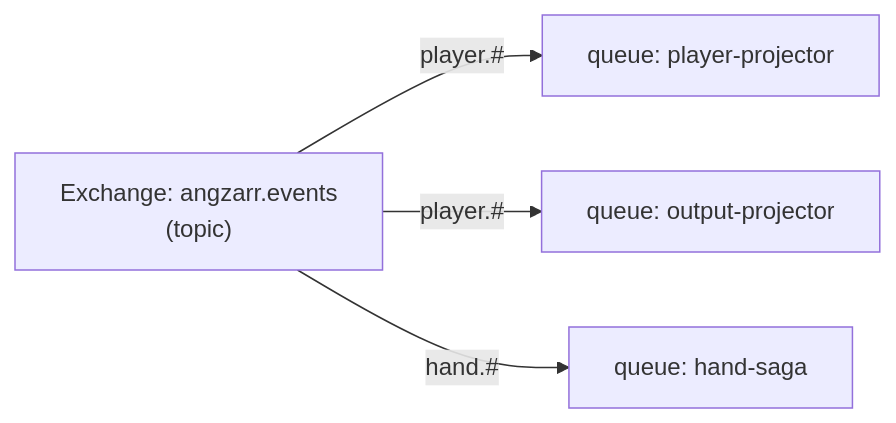
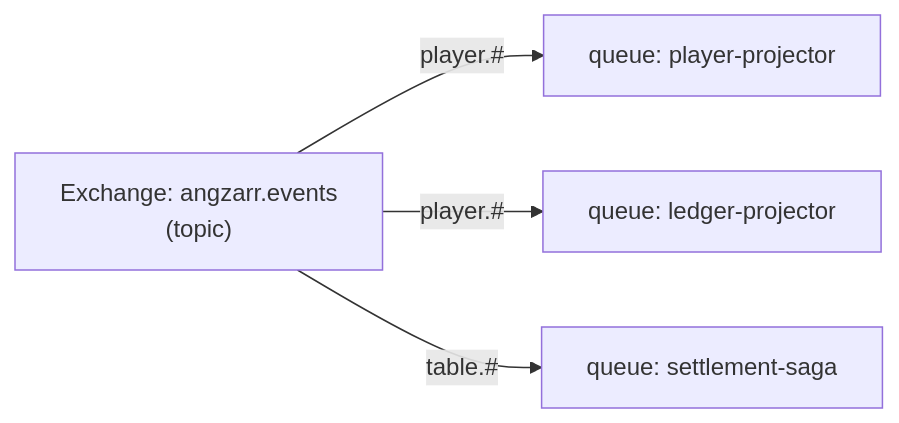
One commit to angzarr-io/angzarr-project changed the first of 2 diagrams in site/src/content/docs/tooling/buses/amqp.md. Above: the diagram before and after it, drawn with Mermaid. The commit also changed 18 other files, not shown here.

````diff
--- a/site/src/content/docs/tooling/buses/amqp.md
+++ b/site/src/content/docs/tooling/buses/amqp.md
@@ -45,7 +45,7 @@
 ```mermaid
 flowchart LR
     EX["Exchange: angzarr.events<br/>(topic)"]
     EX -->|"player.#"| PP[queue: player-projector]
-    EX -->|"player.#"| OP[queue: output-projector]
-    EX -->|"hand.#"| HS[queue: hand-saga]
+    EX -->|"player.#"| OP[queue: ledger-projector]
+    EX -->|"table.#"| HS[queue: settlement-saga]
 ```
````
